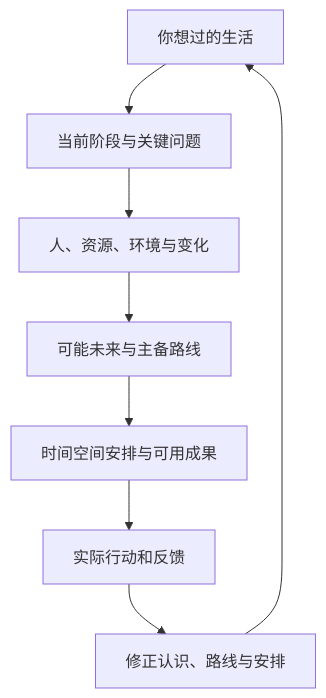
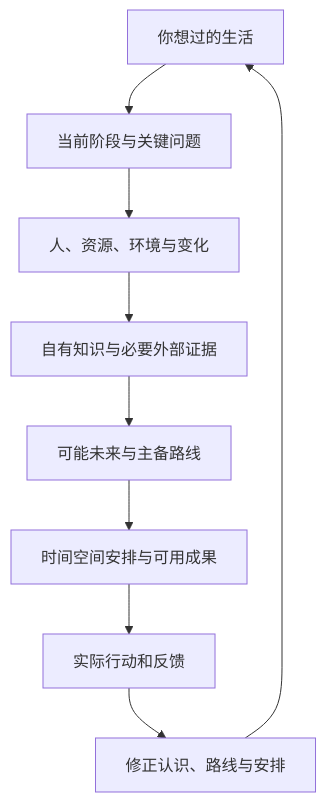
The diagram in docs/architecture.md (ZanePan2027/zane-life-workbench), drawn with Mermaid before and after one commit. The commit also changed other lines of this file and 13 other files, not shown here.

````diff
--- a/docs/architecture.md
+++ b/docs/architecture.md
@@ -7,10 +7,11 @@
 ```mermaid
 flowchart TD
   A[你想过的生活] --> B[当前阶段与关键问题]
   B --> C[人、资源、环境与变化]
-  C --> D[可能未来与主备路线]
-  D --> E[时间空间安排与可用成果]
-  E --> F[实际行动和反馈]
-  F --> G[修正认识、路线与安排]
-  G --> A
+  C --> D[自有知识与必要外部证据]
+  D --> E[可能未来与主备路线]
+  E --> F[时间空间安排与可用成果]
+  F --> G[实际行动和反馈]
+  G --> H[修正认识、路线与安排]
+  H --> A
 ```
````
